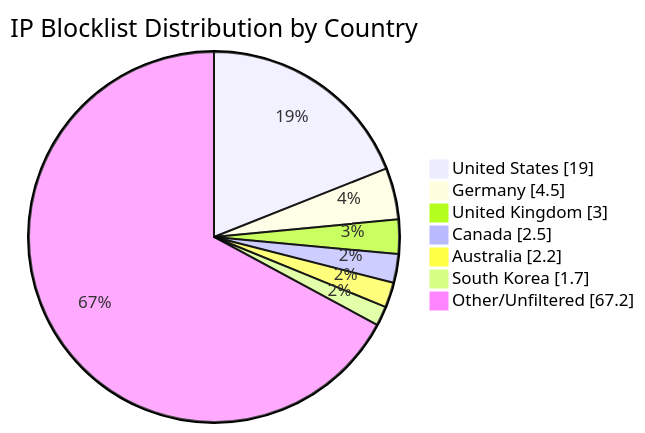
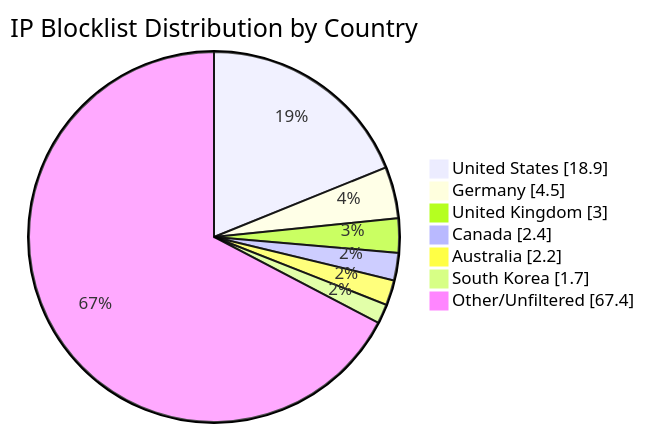
One commit to MarcusHoltz/ipblocklist-geofiltered-aggregator changed the diagram in README.md. Above: the diagram before and after it, drawn with Mermaid. The commit also changed other lines of this file and 9 other files, not shown here.

````diff
--- a/README.md
+++ b/README.md
@@ -34,10 +34,10 @@
 ```mermaid
 pie showData title IP Blocklist Distribution by Country
-"United States" : 19.0
+"United States" : 18.9
 "Germany" : 4.5
 "United Kingdom" : 3.0
-"Canada" : 2.5
+"Canada" : 2.4
 "Australia" : 2.2
 "South Korea" : 1.7
-"Other/Unfiltered" : 67.2
+"Other/Unfiltered" : 67.4
 ```
````
